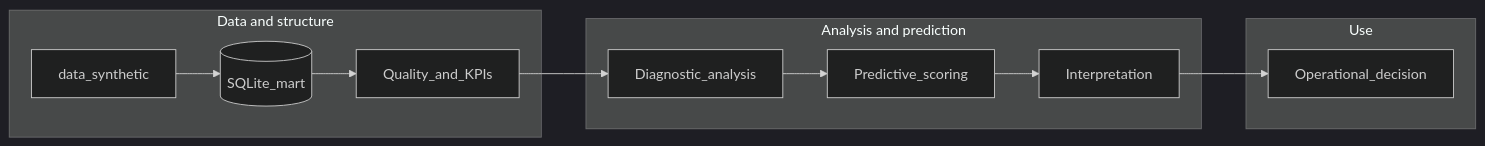
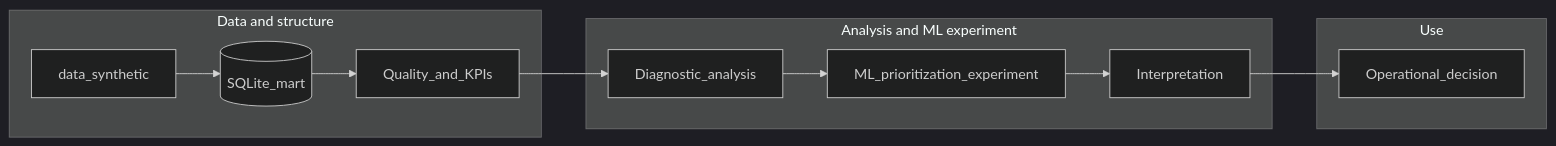
Before and after one commit to Agus-Delgado/Paradigm-: the first of 2 diagrams in docs/architecture.md, drawn with Mermaid (dark theme). The commit also changed other lines of this file and 8 other files, not shown here.

````diff
--- a/docs/architecture.md
+++ b/docs/architecture.md
@@ -42,22 +42,22 @@
 ```mermaid
 flowchart LR
   subgraph entrada ["Data and structure"]
     Syn[data_synthetic]
     Mart[(SQLite_mart)]
     Qual[Quality_and_KPIs]
   end
-  subgraph analisis ["Analysis and prediction"]
+  subgraph analisis ["Analysis and ML experiment"]
     Diag[Diagnostic_analysis]
-    Score[Predictive_scoring]
+    Score[ML_prioritization_experiment]
     Expl[Interpretation]
   end
   subgraph usoSalida ["Use"]
     Dec[Operational_decision]
   end
   Syn --> Mart
   Mart --> Qual
   Qual --> Diag
   Diag --> Score
   Score --> Expl
   Expl --> Dec
 ```
````
